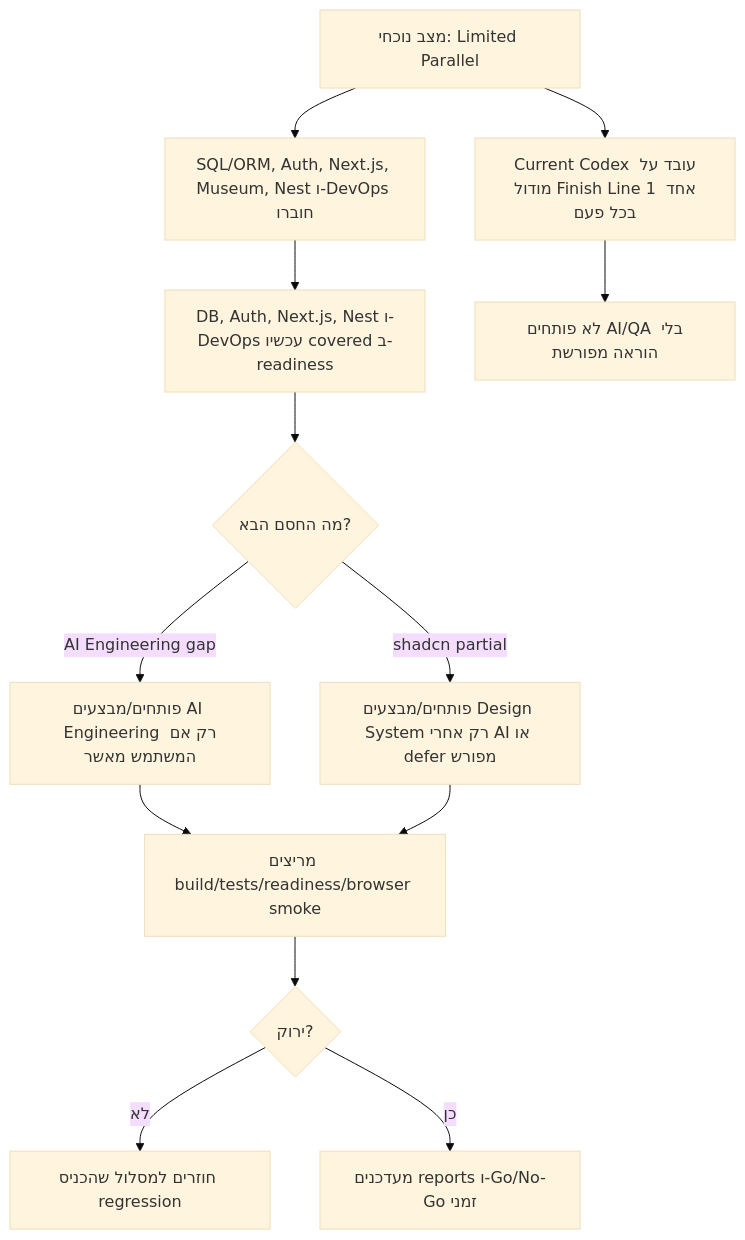
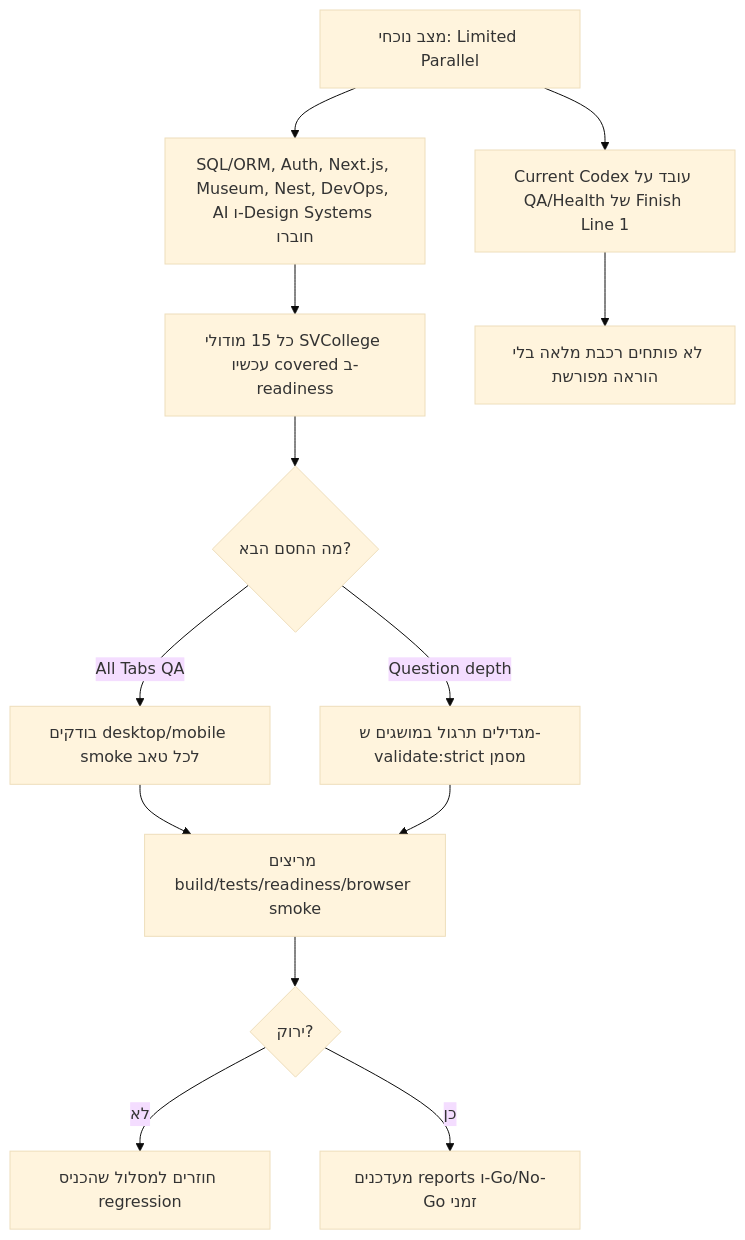
One commit to talstilkol/sv-test changed the second of 3 diagrams in SVCOLLEGE_PARALLEL_SESSION_PROMPTS.md. Above: the diagram before and after it, drawn with Mermaid (base theme). The commit also changed other lines of this file and 66 other files, not shown here.

````diff
--- a/SVCOLLEGE_PARALLEL_SESSION_PROMPTS.md
+++ b/SVCOLLEGE_PARALLEL_SESSION_PROMPTS.md
@@ -34,17 +192,17 @@
 ```mermaid
 flowchart TD
-  A["מצב נוכחי: Limited Parallel"] --> B["SQL/ORM, Auth, Next.js, Museum, Nest ו-DevOps חוברו"]
-  A --> D["Current Codex עובד על מודול Finish Line 1 אחד בכל פעם"]
+  A["מצב נוכחי: Limited Parallel"] --> B["SQL/ORM, Auth, Next.js, Museum, Nest, DevOps, AI ו-Design Systems חוברו"]
+  A --> D["Current Codex עובד על QA/Health של Finish Line 1"]
 
-  B --> E["DB, Auth, Next.js, Nest ו-DevOps עכשיו covered ב-readiness"]
-  D --> G["לא פותחים AI/QA בלי הוראה מפורשת"]
+  B --> E["כל 15 מודולי SVCollege עכשיו covered ב-readiness"]
+  D --> G["לא פותחים רכבת מלאה בלי הוראה מפורשת"]
   E --> H{"מה החסם הבא?"}
-  H -- "AI Engineering gap" --> I2["פותחים/מבצעים AI Engineering רק אם המשתמש מאשר"]
-  H -- "shadcn partial" --> I3["פותחים/מבצעים Design System רק אחרי AI או defer מפורש"]
+  H -- "All Tabs QA" --> I2["בודקים desktop/mobile smoke לכל טאב"]
+  H -- "Question depth" --> I3["מגדילים תרגול במושגים ש-validate:strict מסמן"]
   I2 --> J
   I3 --> J
   J["מריצים build/tests/readiness/browser smoke"]
   J --> K{"ירוק?"}
   K -- "לא" --> K1["חוזרים למסלול שהכניס regression"]
   K -- "כן" --> L["מעדכנים reports ו-Go/No-Go זמני"]
 ```
````
